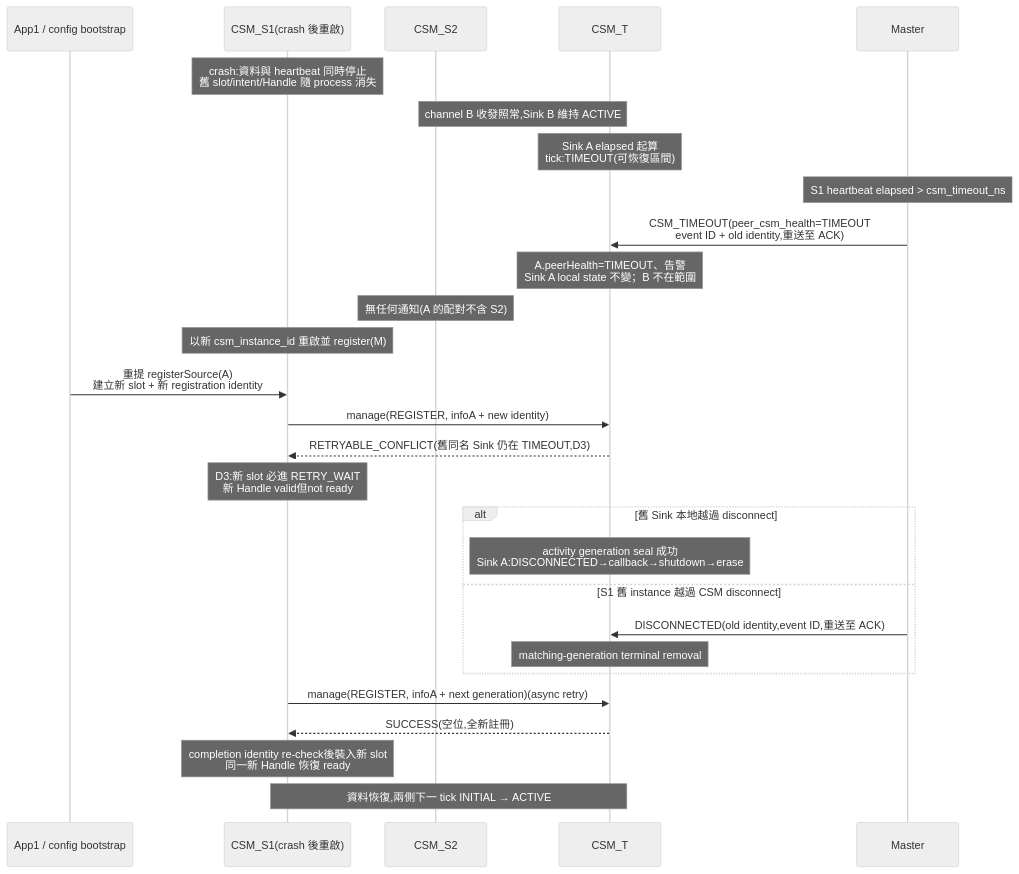
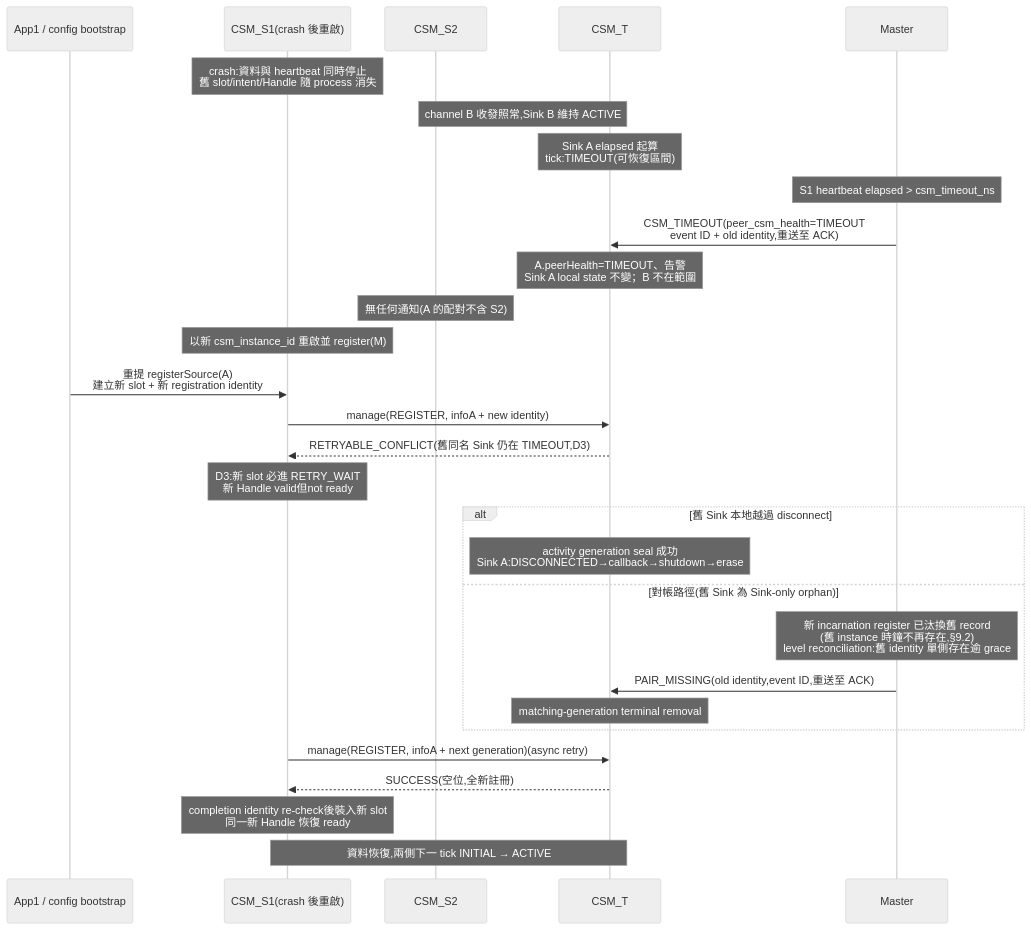
One commit to cocobird231/rv2_project changed diagram 22 of 43 in r1_design_draft.md. Above: the diagram before and after it, drawn with Mermaid (neutral theme). The commit also changed other lines of this file, not shown here.

First line of the commit message:
doc: R1 CST design v1.2.1 — final architecture audit fixes

````diff
--- a/r1_design_draft.md
+++ b/r1_design_draft.md
@@ -2835,32 +2895,33 @@
 ```mermaid
 sequenceDiagram
     participant App1 as App1 / config bootstrap
     participant S1 as CSM_S1(crash 後重啟)
     participant S2 as CSM_S2
     participant T as CSM_T
     participant M as Master
 
     Note over S1: crash:資料與 heartbeat 同時停止<br/>舊 slot/intent/Handle 隨 process 消失
     Note over S2,T: channel B 收發照常,Sink B 維持 ACTIVE
     Note over T: Sink A elapsed 起算<br/>tick:TIMEOUT(可恢復區間)
     Note over M: S1 heartbeat elapsed > csm_timeout_ns
     M->>T: CSM_TIMEOUT(peer_csm_health=TIMEOUT<br/>event ID + old identity,重送至 ACK)
     Note over T: A.peerHealth=TIMEOUT、告警<br/>Sink A local state 不變；B 不在範圍
     Note over S2: 無任何通知(A 的配對不含 S2)
 
     Note over S1: 以新 csm_instance_id 重啟並 register(M)
     App1->>S1: 重提 registerSource(A)<br/>建立新 slot + 新 registration identity
     S1->>T: manage(REGISTER, infoA + new identity)
     T-->>S1: RETRYABLE_CONFLICT(舊同名 Sink 仍在 TIMEOUT,D3)
     Note over S1: D3:新 slot 必進 RETRY_WAIT<br/>新 Handle valid但not ready
     alt 舊 Sink 本地越過 disconnect
         Note over T: activity generation seal 成功<br/>Sink A:DISCONNECTED→callback→shutdown→erase
-    else S1 舊 instance 越過 CSM disconnect
-        M->>T: DISCONNECTED(old identity,event ID,重送至 ACK)
+    else 對帳路徑(舊 Sink 為 Sink-only orphan)
+        Note over M: 新 incarnation register 已汰換舊 record<br/>(舊 instance 時鐘不再存在,§9.2)<br/>level reconciliation:舊 identity 單側存在逾 grace
+        M->>T: PAIR_MISSING(old identity,event ID,重送至 ACK)
         Note over T: matching-generation terminal removal
     end
     S1->>T: manage(REGISTER, infoA + next generation)(async retry)
     T-->>S1: SUCCESS(空位,全新註冊)
     Note over S1: completion identity re-check後裝入新 slot<br/>同一新 Handle 恢復 ready
     Note over S1,T: 資料恢復,兩側下一 tick INITIAL → ACTIVE
 ```
````
